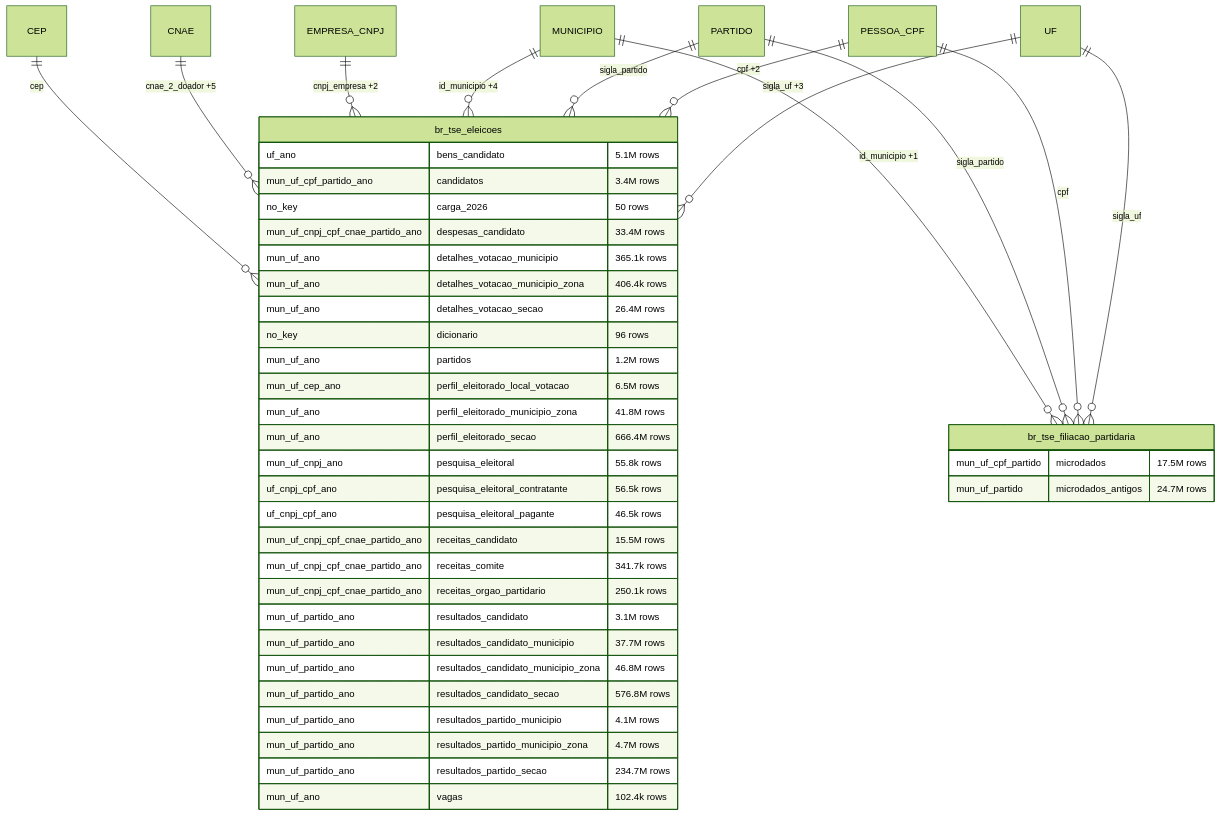
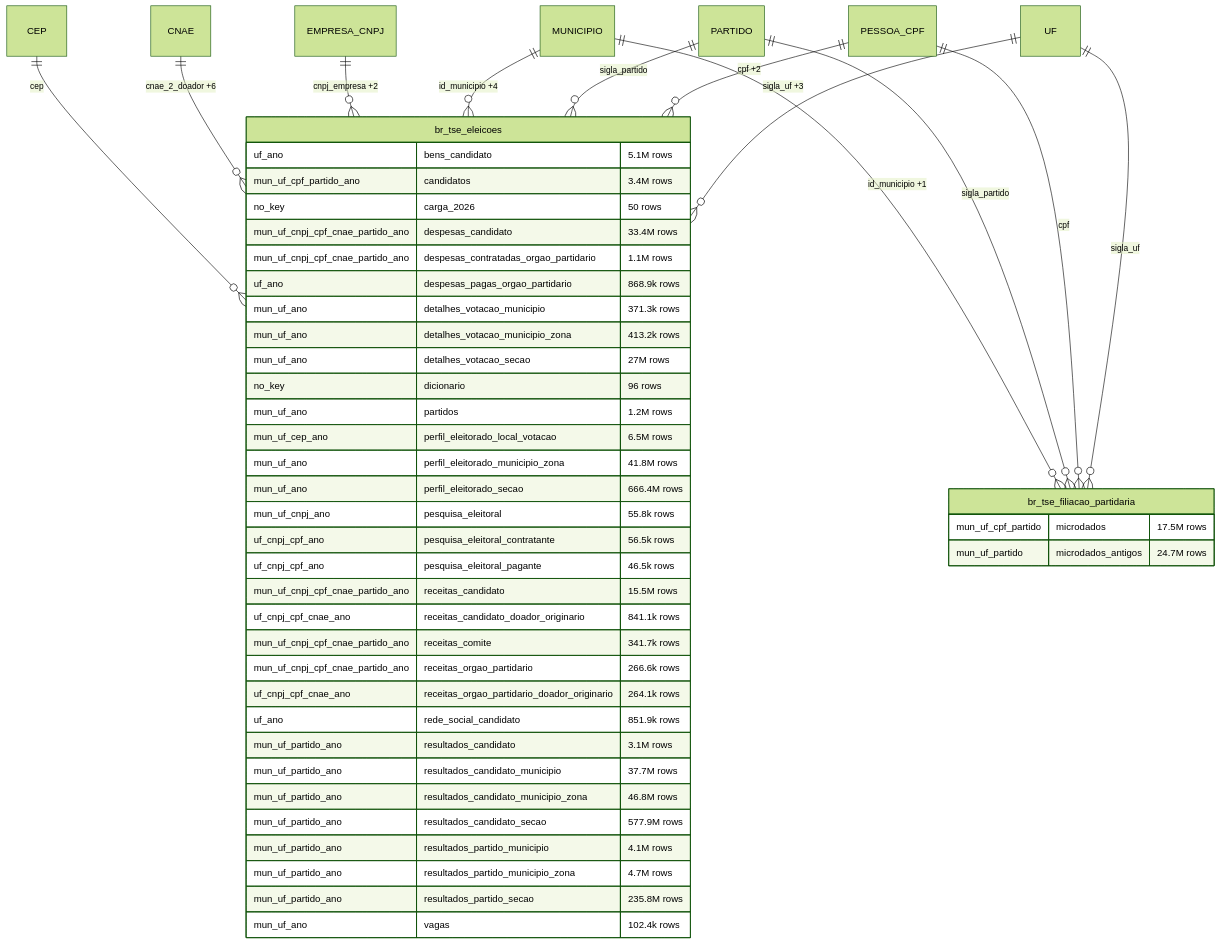
One commit to rafapolo/rodado changed diagram 20 of 37 in docs/mapa/ERD_EN.md. Above: the diagram before and after it, drawn with Mermaid (forest theme). The commit also changed other lines of this file and 42 other files, not shown here.

````diff
--- a/docs/mapa/ERD_EN.md
+++ b/docs/mapa/ERD_EN.md
@@ -1741,46 +1850,51 @@
 ```mermaid
 erDiagram
     CEP ||--o{ br_tse_eleicoes : "cep"
-    CNAE ||--o{ br_tse_eleicoes : "cnae_2_doador +5"
+    CNAE ||--o{ br_tse_eleicoes : "cnae_2_doador +6"
     EMPRESA_CNPJ ||--o{ br_tse_eleicoes : "cnpj_empresa +2"
     MUNICIPIO ||--o{ br_tse_eleicoes : "id_municipio +4"
     PARTIDO ||--o{ br_tse_eleicoes : "sigla_partido"
     PESSOA_CPF ||--o{ br_tse_eleicoes : "cpf +2"
     UF ||--o{ br_tse_eleicoes : "sigla_uf +3"
     MUNICIPIO ||--o{ br_tse_filiacao_partidaria : "id_municipio +1"
     PARTIDO ||--o{ br_tse_filiacao_partidaria : "sigla_partido"
     PESSOA_CPF ||--o{ br_tse_filiacao_partidaria : "cpf"
     UF ||--o{ br_tse_filiacao_partidaria : "sigla_uf"
     br_tse_eleicoes {
         uf_ano bens_candidato "5.1M rows"
         mun_uf_cpf_partido_ano candidatos "3.4M rows"
         no_key carga_2026 "50 rows"
         mun_uf_cnpj_cpf_cnae_partido_ano despesas_candidato "33.4M rows"
-        mun_uf_ano detalhes_votacao_municipio "365.1k rows"
-        mun_uf_ano detalhes_votacao_municipio_zona "406.4k rows"
-        mun_uf_ano detalhes_votacao_secao "26.4M rows"
+        mun_uf_cnpj_cpf_cnae_partido_ano despesas_contratadas_orgao_partidario "1.1M rows"
+        uf_ano despesas_pagas_orgao_partidario "868.9k rows"
+        mun_uf_ano detalhes_votacao_municipio "371.3k rows"
+        mun_uf_ano detalhes_votacao_municipio_zona "413.2k rows"
+        mun_uf_ano detalhes_votacao_secao "27M rows"
         no_key dicionario "96 rows"
         mun_uf_ano partidos "1.2M rows"
         mun_uf_cep_ano perfil_eleitorado_local_votacao "6.5M rows"
         mun_uf_ano perfil_eleitorado_municipio_zona "41.8M rows"
         mun_uf_ano perfil_eleitorado_secao "666.4M rows"
         mun_uf_cnpj_ano pesquisa_eleitoral "55.8k rows"
         uf_cnpj_cpf_ano pesquisa_eleitoral_contratante "56.5k rows"
         uf_cnpj_cpf_ano pesquisa_eleitoral_pagante "46.5k rows"
         mun_uf_cnpj_cpf_cnae_partido_ano receitas_candidato "15.5M rows"
+        uf_cnpj_cpf_cnae_ano receitas_candidato_doador_originario "841.1k rows"
         mun_uf_cnpj_cpf_cnae_partido_ano receitas_comite "341.7k rows"
-        mun_uf_cnpj_cpf_cnae_partido_ano receitas_orgao_partidario "250.1k rows"
+        mun_uf_cnpj_cpf_cnae_partido_ano receitas_orgao_partidario "266.6k rows"
+        uf_cnpj_cpf_cnae_ano receitas_orgao_partidario_doador_originario "264.1k rows"
+        uf_ano rede_social_candidato "851.9k rows"
         mun_uf_partido_ano resultados_candidato "3.1M rows"
         mun_uf_partido_ano resultados_candidato_municipio "37.7M rows"
         mun_uf_partido_ano resultados_candidato_municipio_zona "46.8M rows"
-        mun_uf_partido_ano resultados_candidato_secao "576.8M rows"
+        mun_uf_partido_ano resultados_candidato_secao "577.9M rows"
         mun_uf_partido_ano resultados_partido_municipio "4.1M rows"
         mun_uf_partido_ano resultados_partido_municipio_zona "4.7M rows"
-        mun_uf_partido_ano resultados_partido_secao "234.7M rows"
+        mun_uf_partido_ano resultados_partido_secao "235.8M rows"
         mun_uf_ano vagas "102.4k rows"
     }
     br_tse_filiacao_partidaria {
         mun_uf_cpf_partido microdados "17.5M rows"
         mun_uf_partido microdados_antigos "24.7M rows"
     }
 ```
````
